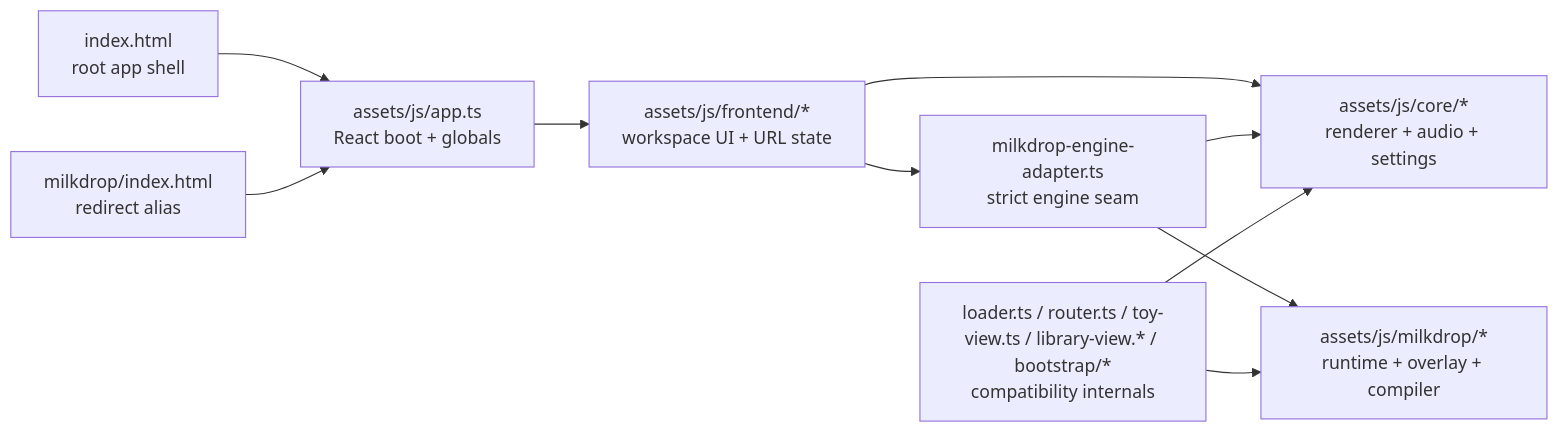
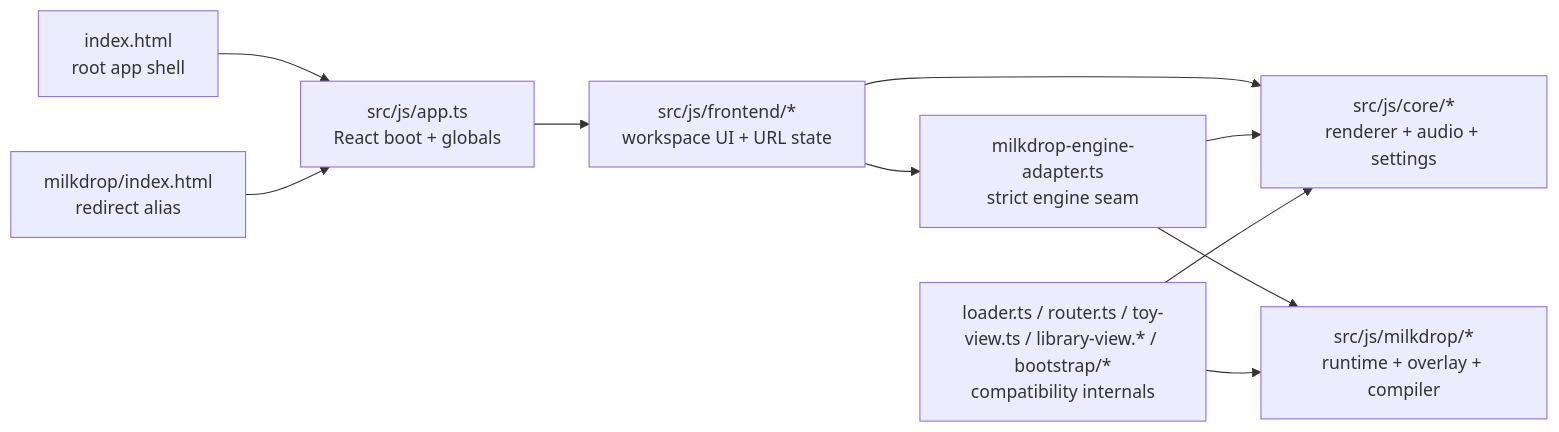
One commit to zz-plant/stims changed the diagram in docs/ARCHITECTURE.md. Above: the diagram before and after it, drawn with Mermaid. The commit also changed other lines of this file and 37 other files, not shown here.

````diff
--- a/docs/ARCHITECTURE.md
+++ b/docs/ARCHITECTURE.md
@@ -17,21 +17,21 @@
 ```mermaid
 flowchart LR
   Entry["index.html<br/>root app shell"]
   Alias["milkdrop/index.html<br/>redirect alias"]
-  App["assets/js/app.ts<br/>React boot + globals"]
-  Frontend["assets/js/frontend/*<br/>workspace UI + URL state"]
+  App["src/js/app.ts<br/>React boot + globals"]
+  Frontend["src/js/frontend/*<br/>workspace UI + URL state"]
   Adapter["milkdrop-engine-adapter.ts<br/>strict engine seam"]
-  Core["assets/js/core/*<br/>renderer + audio + settings"]
-  Milkdrop["assets/js/milkdrop/*<br/>runtime + overlay + compiler"]
+  Core["src/js/core/*<br/>renderer + audio + settings"]
+  Milkdrop["src/js/milkdrop/*<br/>runtime + overlay + compiler"]
   Legacy["loader.ts / router.ts / toy-view.ts / library-view.* / bootstrap/*<br/>compatibility internals"]
 
   Entry --> App
   Alias --> App
   App --> Frontend
   Frontend --> Adapter
   Frontend --> Core
   Adapter --> Core
   Adapter --> Milkdrop
   Legacy --> Core
   Legacy --> Milkdrop
 ```
````
